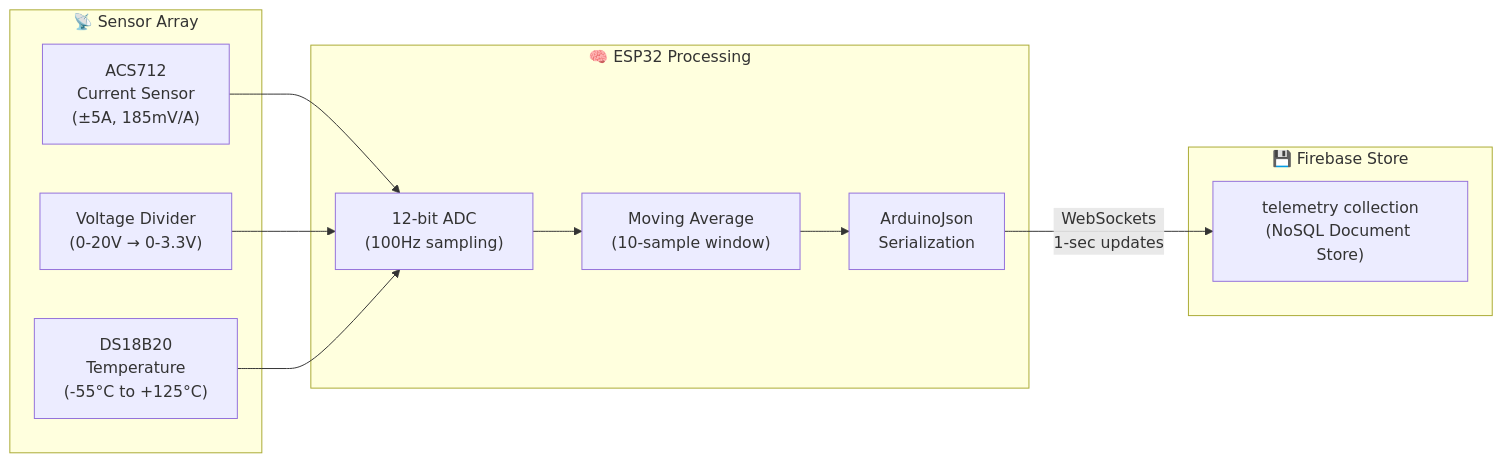
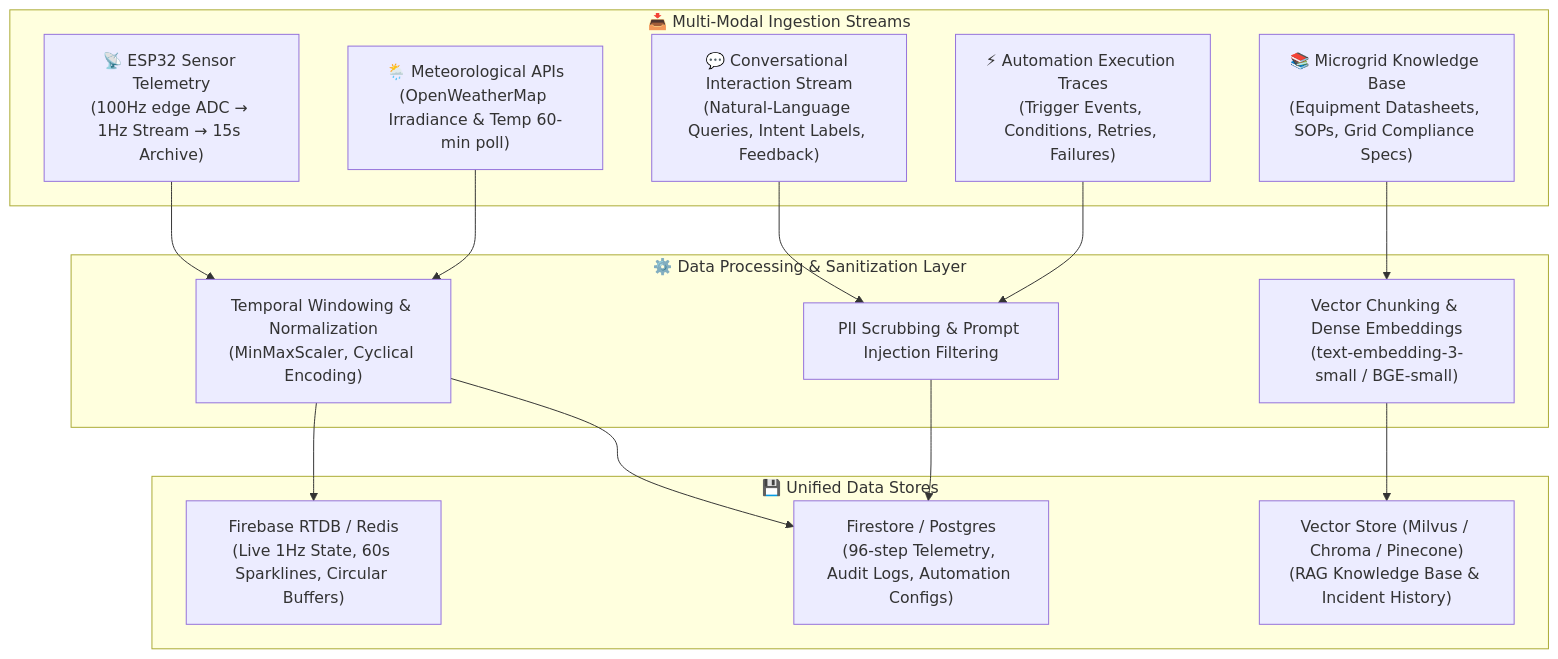
The diagram in Docs/06_Data_Collection_and_Preprocessing.md (Mekesh-Engineer/gridflowx), drawn with Mermaid before and after one commit. The commit also changed other lines of this file and 679 other files, not shown here.

````diff
--- a/Docs/06_Data_Collection_and_Preprocessing.md
+++ b/Docs/06_Data_Collection_and_Preprocessing.md
@@ -55,24 +21,26 @@
 ```mermaid
-flowchart LR
-    subgraph SENSORS ["📡 Sensor Array"]
-        ACS["ACS712\nCurrent Sensor\n(±5A, 185mV/A)"]
-        VDIV["Voltage Divider\n(0-20V → 0-3.3V)"]
-        DS18["DS18B20\nTemperature\n(-55°C to +125°C)"]
+flowchart TD
+    subgraph INGESTION ["📥 Multi-Modal Ingestion Streams"]
+        S1["📡 ESP32 Sensor Telemetry\n(100Hz edge ADC → 1Hz Stream → 15s Archive)"]
+        S2["🌦️ Meteorological APIs\n(OpenWeatherMap Irradiance & Temp 60-min poll)"]
+        S3["💬 Conversational Interaction Stream\n(Natural-Language Queries, Intent Labels, Feedback)"]
+        S4["⚡ Automation Execution Traces\n(Trigger Events, Conditions, Retries, Failures)"]
+        S5["📚 Microgrid Knowledge Base\n(Equipment Datasheets, SOPs, Grid Compliance Specs)"]
     end
 
-    subgraph ESP32 ["🧠 ESP32 Processing"]
-        ADC["12-bit ADC\n(100Hz sampling)"]
-        FILTER["Moving Average\n(10-sample window)"]
-        JSON["ArduinoJson\nSerialization"]
+    subgraph PROCESSING ["⚙️ Data Processing & Sanitization Layer"]
+        P1["Temporal Windowing & Normalization\n(MinMaxScaler, Cyclical Encoding)"]
+        P2["PII Scrubbing & Prompt Injection Filtering"]
+        P3["Vector Chunking & Dense Embeddings\n(text-embedding-3-small / BGE-small)"]
     end
 
-    subgraph STORAGE ["💾 Firebase Store"]
-        TELEMETRY["telemetry collection\n(NoSQL Document Store)"]
+    subgraph STORAGE ["💾 Unified Data Stores"]
+        DB_RT["Firebase RTDB / Redis\n(Live 1Hz State, 60s Sparklines, Circular Buffers)"]
+        DB_DOC["Firestore / Postgres\n(96-step Telemetry, Audit Logs, Automation Configs)"]
+        DB_VEC["Vector Store (Milvus / Chroma / Pinecone)\n(RAG Knowledge Base & Incident History)"]
     end
 
-    ACS --> ADC
-    VDIV --> ADC
-    DS18 --> ADC
-    ADC --> FILTER --> JSON
-    JSON -->|"WebSockets\n1-sec updates"| TELEMETRY
+    S1 & S2 --> P1 --> DB_DOC & DB_RT
+    S3 & S4 --> P2 --> DB_DOC
+    S5 --> P3 --> DB_VEC
 ```
````
